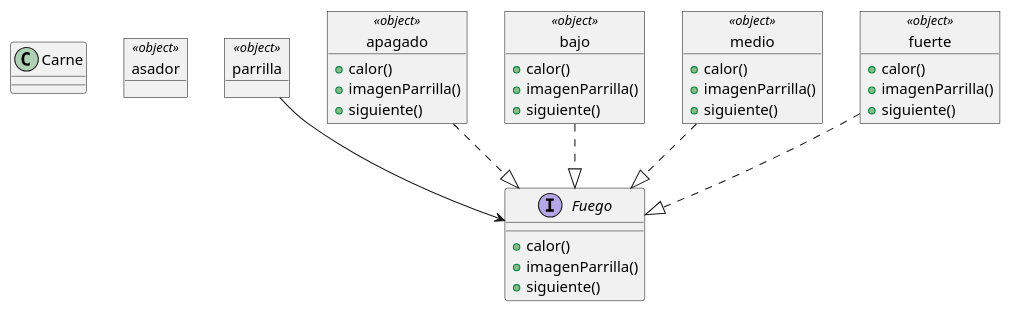
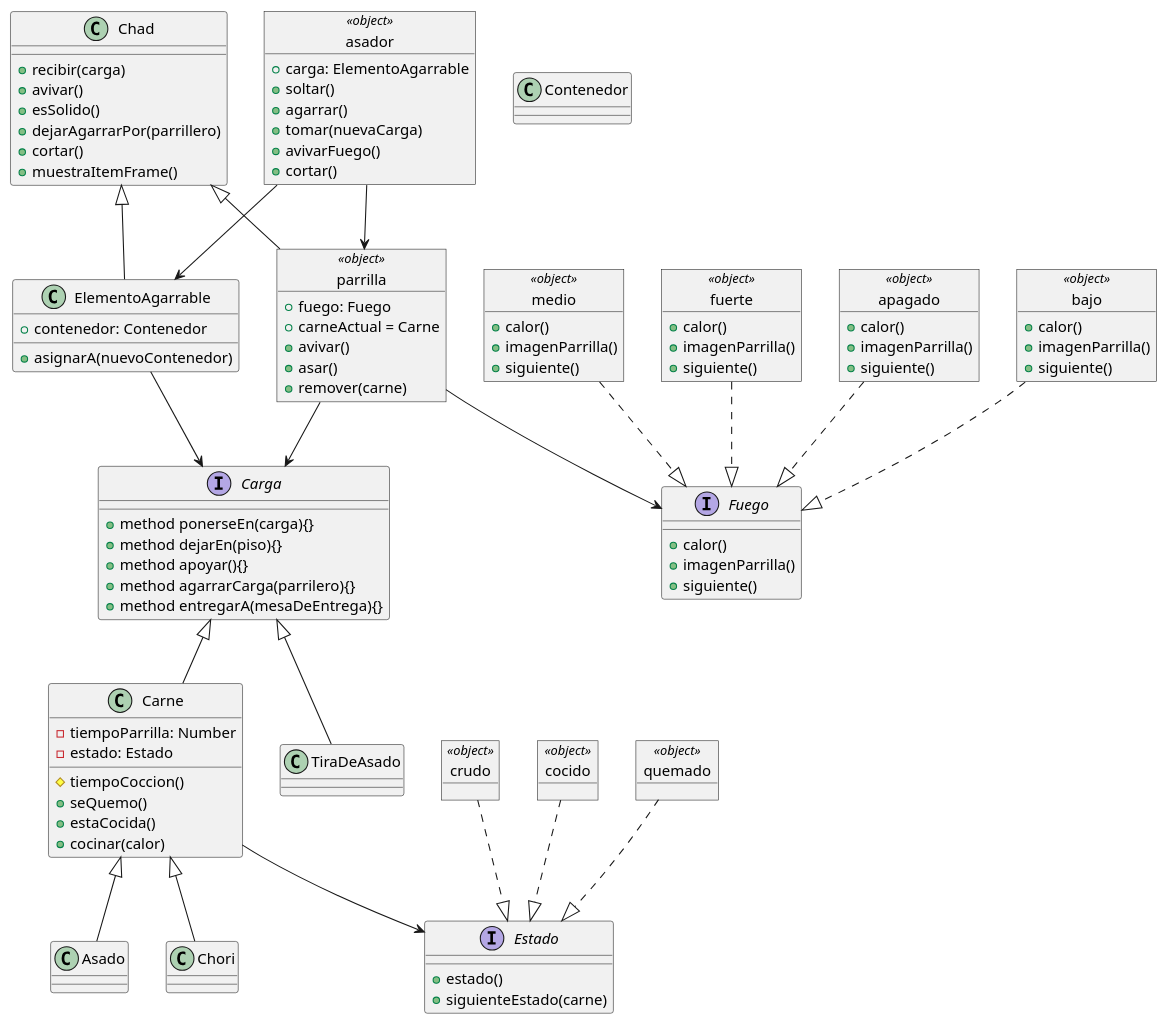
The diagram in diagramaDeClases.puml (pdep-mit/tp-wg-2026-poder-gordos_compu), drawn with PlantUML before and after one commit.

Commit message:
diagrama de clsases abases sustanciales, cito: durisismo - hanz

```diff
--- a/diagramaDeClases.puml
+++ b/diagramaDeClases.puml
@@ -1,53 +1,147 @@
 @startuml diagrama de clases "nombre del juego"
 
+'la mas importante - the one and only'
+class Chad{
+    +recibir(carga)
+    +avivar()
+    +esSolido() 
+    +dejarAgarrarPor(parrillero)
+    +cortar()
+    +muestraItemFrame()
+}
+
+class Contenedor{
+
+}
+
+class ElementoAgarrable{
+    +contenedor: Contenedor
+
+    +asignarA(nuevoContenedor)
+}
+
+class TiraDeAsado{
+
+}
+
 class Carne{
+    -tiempoParrilla: Number
+    -estado: Estado
+    #tiempoCoccion()
+    +seQuemo()
+    +estaCocida()
+    +cocinar(calor)
+    'se podrian agregar mas ...'
+}
+
+class Chori{
+
+}
+
+class Asado{
 
 }
 
 object asador <<object>>{
+    +carga: ElementoAgarrable
+    '+direccion:' 
+    +soltar()
+    +agarrar() 
+    +tomar(nuevaCarga)
+    +avivarFuego()
+    +cortar()
+    'agregar esfuerzo despues ...'
+}
+
+object parrilla <<object>>{
+    +fuego: Fuego
+    +carneActual = Carne
+    
+    +avivar()
+    +asar()
+    +remover(carne)
+}
+
+interface Estado{
+    +estado()
+    +siguienteEstado(carne)
+}
+
+object crudo <<object>>{
 
 }
 
-object parrilla <<object>>{
+object cocido <<object>>{
 
+}
+
+object quemado <<object>>{
+
+}
+
+interface Carga{
+    +method ponerseEn(carga){}
+    +method dejarEn(piso){}
+    +method apoyar(){}
+    +method agarrarCarga(parrilero){}
+    +method entregarA(mesaDeEntrega){}
 }
 
 interface Fuego{
     +calor()
     +imagenParrilla()
     +siguiente()
     'podriamos tener mas metodos pero creo con estos dos basta para entender la intefaz'
 }
 
 object apagado <<object>> {
     +calor()
     +imagenParrilla()
     +siguiente()
 }
 
 object bajo <<object>> {
     +calor()
     +imagenParrilla()
     +siguiente()
 }
 
 object medio <<object>> {
     +calor()
     +imagenParrilla()
     +siguiente()
 }
 
 object fuerte <<object>> {
     +calor()
     +imagenParrilla()
     +siguiente()
 }
 'relaciones con el fuego'
 apagado ..|> Fuego 
 bajo ..|> Fuego
 medio ..|> Fuego
 fuerte ..|> Fuego
 
 'relaciones con la parrilla'
 parrilla --> Fuego
+parrilla --> Carga
+
+Chad <|-- parrilla
+Chad <|-- ElementoAgarrable  
+
+Carga <|-- Carne
+Carga <|-- TiraDeAsado
+ElementoAgarrable --> Carga
+
+Carne <|-- Chori
+Carne <|-- Asado 
+
+asador --> ElementoAgarrable
+asador --> parrilla
+
+Carne --> Estado
+crudo ..|> Estado 
+cocido ..|> Estado
+quemado ..|> Estado
 @enduml
```
